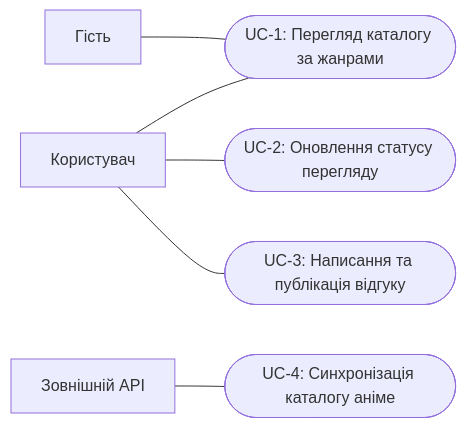
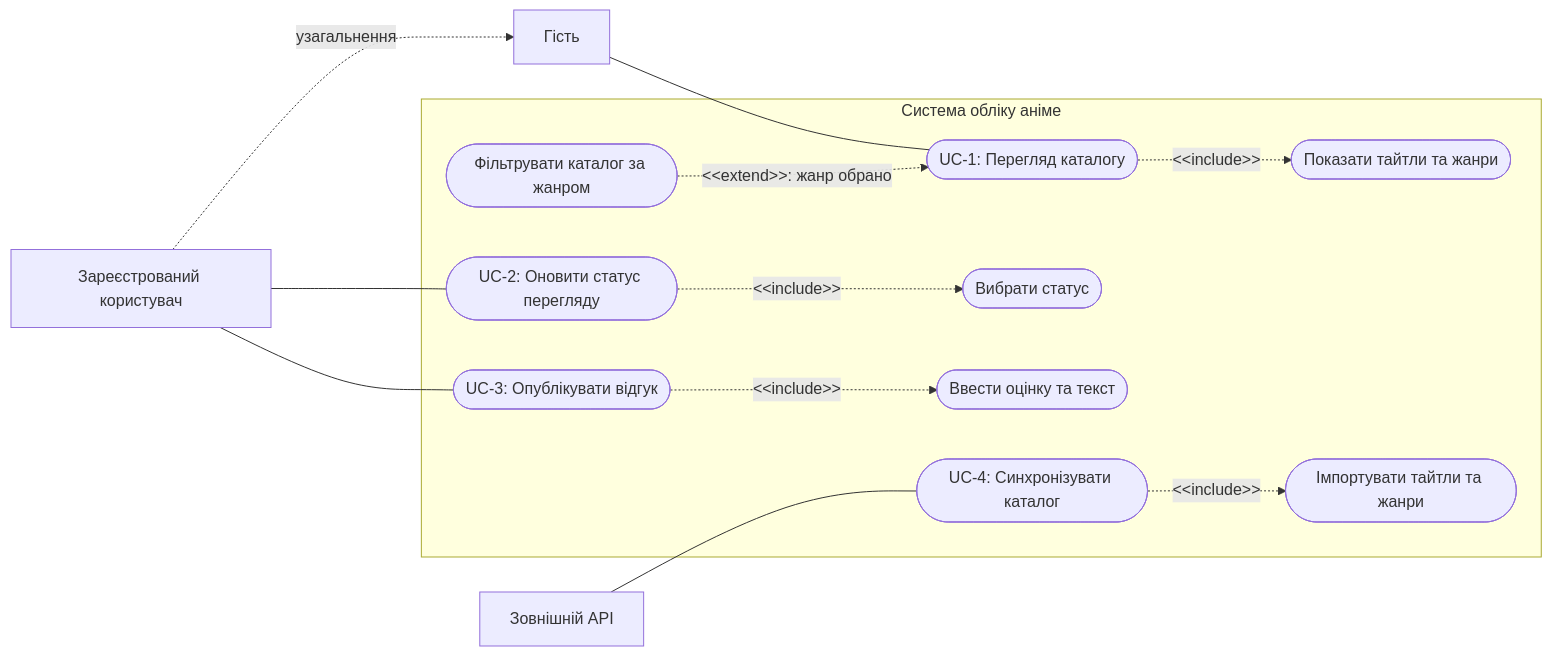
Before and after one commit to SpikyCactus7/anime-tracking-system: the first of 2 diagrams in lab2/model.md, drawn with Mermaid. The commit also changed other lines of this file and 2 other files, not shown here.

Commit message:
added include/extend to UC diagram and aligned EARS with ER diagram

````diff
--- a/lab2/model.md
+++ b/lab2/model.md
@@ -103,17 +111,30 @@
 ```mermaid
 flowchart LR
-    User[Користувач]
     Guest[Гість]
+    User[Зареєстрований користувач]
     API[Зовнішній API]
 
-    UC1([UC-1: Перегляд каталогу за жанрами])
-    UC2([UC-2: Оновлення статусу перегляду])
-    UC3([UC-3: Написання та публікація відгуку])
-    UC4([UC-4: Синхронізація каталогу аніме])
+    subgraph System[Система обліку аніме]
+        UC1([UC-1: Перегляд каталогу])
+        UC1a([Показати тайтли та жанри])
+        UC1b([Фільтрувати каталог за жанром])
+        UC2([UC-2: Оновити статус перегляду])
+        UC2a([Вибрати статус])
+        UC3([UC-3: Опублікувати відгук])
+        UC3a([Ввести оцінку та текст])
+        UC4([UC-4: Синхронізувати каталог])
+        UC4a([Імпортувати тайтли та жанри])
+    end
 
-    User --- UC1
+    User -.->|узагальнення| Guest
     Guest --- UC1
     User --- UC2
     User --- UC3
     API --- UC4
+
+    UC1 -.->|&lt;&lt;include&gt;&gt;| UC1a
+    UC1b -.->|&lt;&lt;extend&gt;&gt;: жанр обрано| UC1
+    UC2 -.->|&lt;&lt;include&gt;&gt;| UC2a
+    UC3 -.->|&lt;&lt;include&gt;&gt;| UC3a
+    UC4 -.->|&lt;&lt;include&gt;&gt;| UC4a
 ```
````
